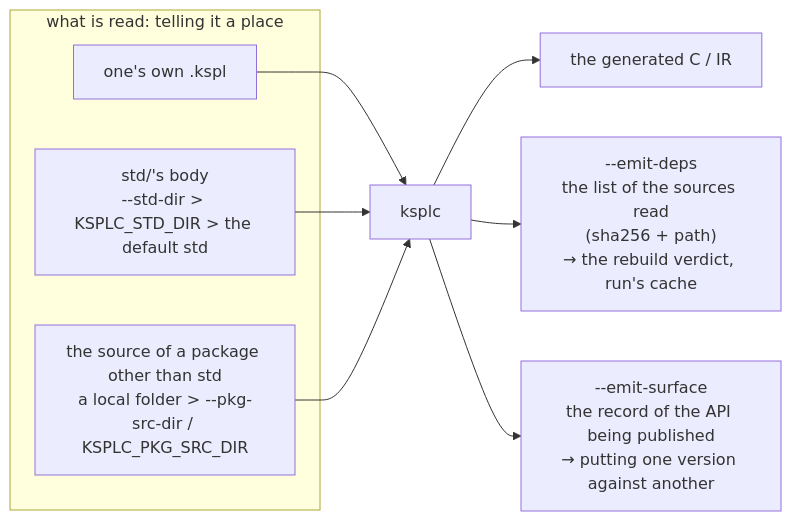
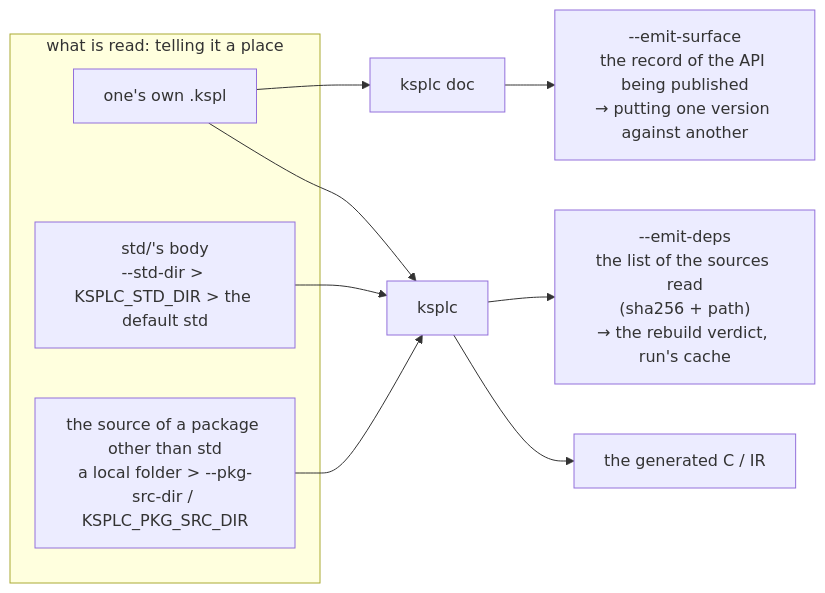
Before and after one commit to kansosystem-org/kspl-experimental: the second of 3 diagrams in ksplc/docs/SPEC-tools.md, drawn with Mermaid. The commit also changed other lines of this file and 310 other files, not shown here.

````diff
--- a/ksplc/docs/SPEC-tools.md
+++ b/ksplc/docs/SPEC-tools.md
@@ -362,14 +360,15 @@
 ```mermaid
 flowchart LR
     subgraph IN["what is read: telling it a place"]
         SRC["one's own .kspl"]
         STD["std/'s body<br/>--std-dir > KSPLC_STD_DIR > the default std"]
         PKG["the source of a package other than std<br/>a local folder > --pkg-src-dir / KSPLC_PKG_SRC_DIR"]
     end
     SRC --> K["ksplc"]
     STD --> K
     PKG --> K
     K --> OUT["the generated C / IR"]
     K --> DEPS["--emit-deps<br/>the list of the sources read<br/>(sha256 + path)<br/>→ the rebuild verdict, run's cache"]
-    K --> SURF["--emit-surface<br/>the record of the API being published<br/>→ putting one version against another"]
+    SRC --> DOC["ksplc doc"]
+    DOC --> SURF["--emit-surface<br/>the record of the API being published<br/>→ putting one version against another"]
 ```
````
